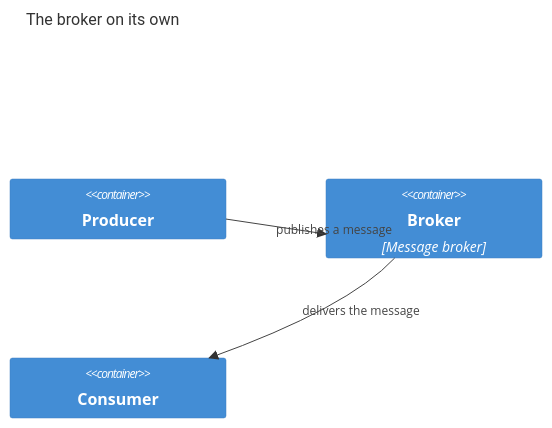
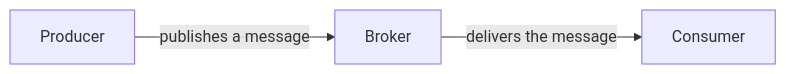
One commit to berTrindade/commands-vs-events changed the third of 3 diagrams in README.md. Above: the diagram before and after it, drawn with Mermaid. The commit also changed other lines of this file, not shown here.

Commit message:
docs: switch diagrams to plain Mermaid flowcharts

````diff
--- a/README.md
+++ b/README.md
@@ -41,9 +32,5 @@
 ```mermaid
-C4Container
-    title The broker on its own
-    Container(producer, "Producer")
-    Container(broker, "Broker", "Message broker")
-    Container(consumer, "Consumer")
-    Rel(producer, broker, "publishes a message")
-    Rel(broker, consumer, "delivers the message")
+flowchart LR
+    producer["Producer"] -->|publishes a message| broker["Broker"]
+    broker -->|delivers the message| consumer["Consumer"]
 ```
````
